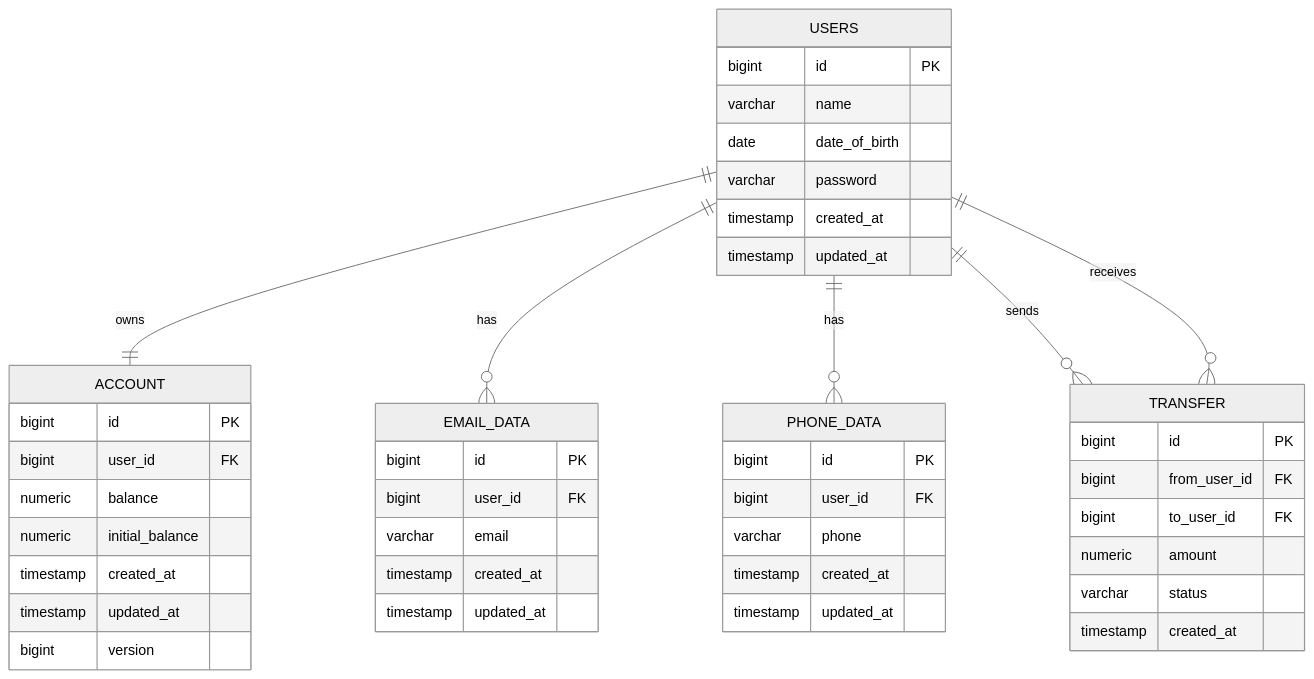
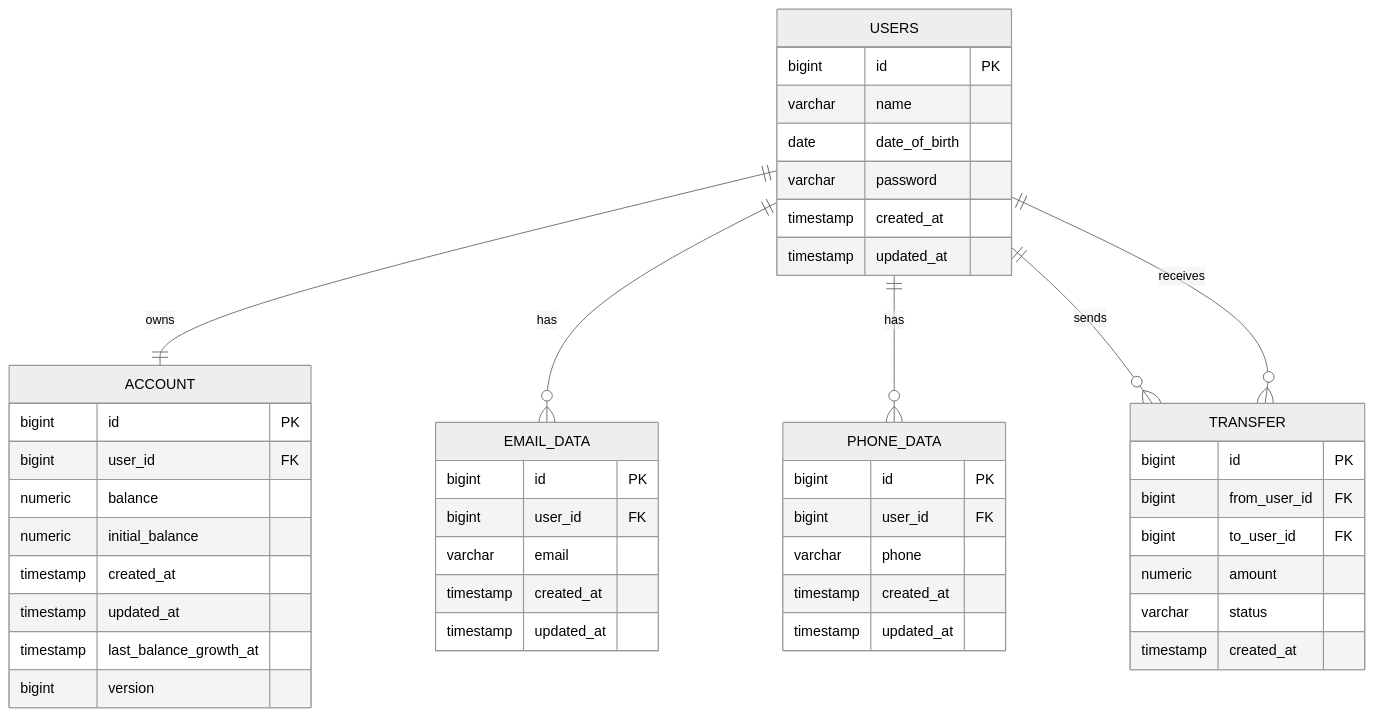
One commit to kirill-strinadka/secure-bank-api changed the diagram in docs/database.md. Above: the diagram before and after it, drawn with Mermaid (neutral theme). The commit also changed other lines of this file and 12 other files, not shown here.

````diff
--- a/docs/database.md
+++ b/docs/database.md
@@ -7,52 +7,53 @@
 ```mermaid
 erDiagram
     USERS {
         bigint id PK
         varchar name
         date date_of_birth
         varchar password
         timestamp created_at
         timestamp updated_at
     }
 
     ACCOUNT {
         bigint id PK
         bigint user_id FK
         numeric balance
         numeric initial_balance
         timestamp created_at
         timestamp updated_at
+        timestamp last_balance_growth_at
         bigint version
     }
 
     EMAIL_DATA {
         bigint id PK
         bigint user_id FK
         varchar email
         timestamp created_at
         timestamp updated_at
     }
 
     PHONE_DATA {
         bigint id PK
         bigint user_id FK
         varchar phone
         timestamp created_at
         timestamp updated_at
     }
 
     TRANSFER {
         bigint id PK
         bigint from_user_id FK
         bigint to_user_id FK
         numeric amount
         varchar status
         timestamp created_at
     }
 
     USERS ||--|| ACCOUNT : owns
     USERS ||--o{ EMAIL_DATA : has
     USERS ||--o{ PHONE_DATA : has
     USERS ||--o{ TRANSFER : sends
     USERS ||--o{ TRANSFER : receives
 ```
````
